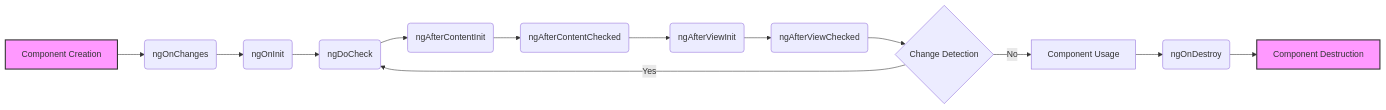
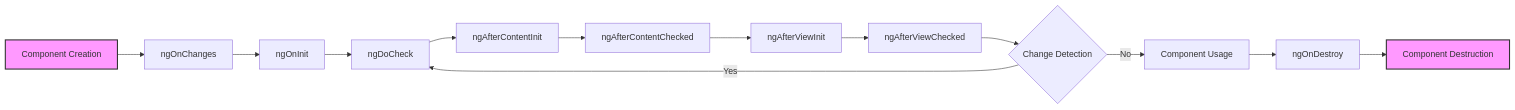
Before and after one commit to infoyouth/infoyouth.github.io: the first of 3 diagrams in _posts/2025-01-01-core-angular-concepts.md, drawn with Mermaid. The commit also changed other lines of this file and 1 other file, not shown here.

````diff
--- a/_posts/2025-01-01-core-angular-concepts.md
+++ b/_posts/2025-01-01-core-angular-concepts.md
@@ -72,18 +92,18 @@
 ```mermaid
 graph LR
-    A[Component Creation] --> B(ngOnChanges);
-    B --> C(ngOnInit);
-    C --> D(ngDoCheck);
-    D --> E(ngAfterContentInit);
-    E --> F(ngAfterContentChecked);
-    F --> G(ngAfterViewInit);
-    G --> H(ngAfterViewChecked);
-        H --> I{Change Detection};
+    A[Component Creation] --> B["ngOnChanges"];
+    B --> C["ngOnInit"];
+    C --> D["ngDoCheck"];
+    D --> E["ngAfterContentInit"];
+    E --> F["ngAfterContentChecked"];
+    F --> G["ngAfterViewInit"];
+    G --> H["ngAfterViewChecked"];
+    H --> I{Change Detection};
     I -- Yes --> D;
     I -- No --> J[Component Usage];
-J --> K(ngOnDestroy);
- K --> L[Component Destruction];
+    J --> K["ngOnDestroy"];
+    K --> L[Component Destruction];
 
     style A fill:#f9f,stroke:#333,stroke-width:2px
     style L fill:#f9f,stroke:#333,stroke-width:2px
 ```
````
